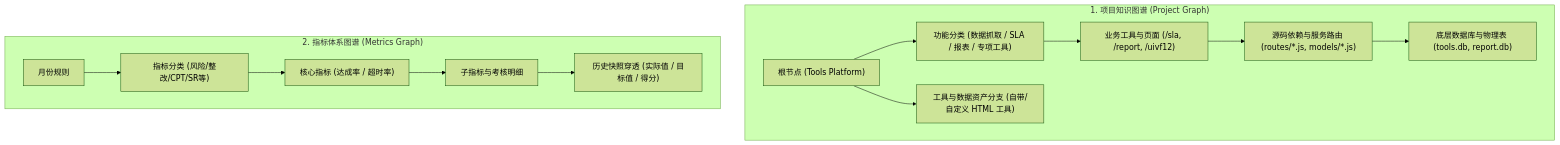
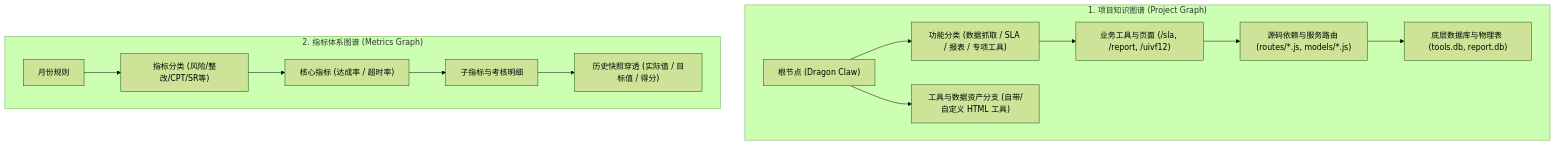
Diagram 13 of 23 in tools-platform/README.md (fanxiaolongx-max/Dragon-Platform), drawn with Mermaid (forest theme) before and after one commit. The commit also changed other lines of this file and 19 other files, not shown here.

````diff
--- a/tools-platform/README.md
+++ b/tools-platform/README.md
@@ -1063,17 +1064,17 @@
 ```mermaid
 graph TD
     subgraph 视图一["1. 项目知识图谱 (Project Graph)"]
-        R1["根节点 (Tools Platform)"] --> C1["功能分类 (数据抓取 / SLA / 报表 / 专项工具)"]
+        R1["根节点 (Dragon Claw)"] --> C1["功能分类 (数据抓取 / SLA / 报表 / 专项工具)"]
         C1 --> M1["业务工具与页面 (/sla, /report, /uivf12)"]
         M1 --> S1["源码依赖与服务路由 (routes/*.js, models/*.js)"]
         S1 --> T1["底层数据库与物理表 (tools.db, report.db)"]
         R1 --> C2["工具与数据资产分支 (自带/自定义 HTML 工具)"]
     end
 
     subgraph 视图二["2. 指标体系图谱 (Metrics Graph)"]
         R2["月份规则"] --> C3["指标分类 (风险/整改/CPT/SR等)"]
         C3 --> M2["核心指标 (达成率 / 超时率)"]
         M2 --> S2["子指标与考核明细"]
         S2 --> D2["历史快照穿透 (实际值 / 目标值 / 得分)"]
     end
 ```
````
